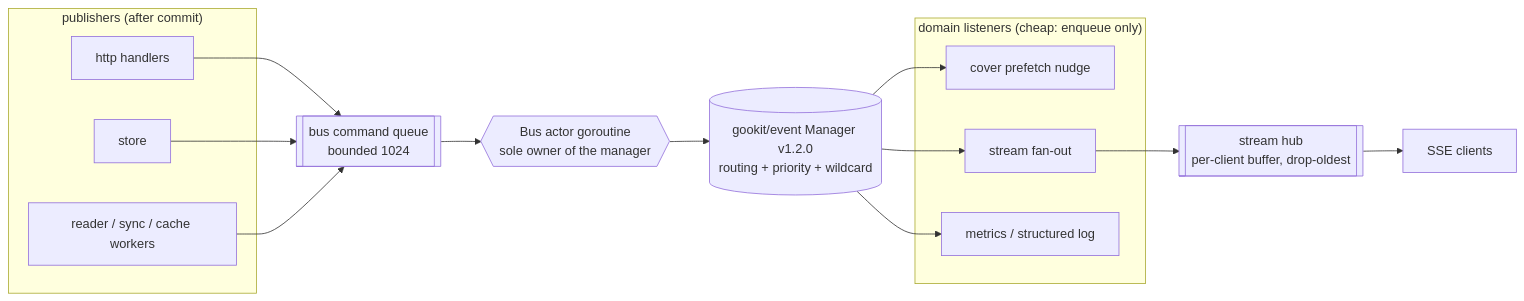
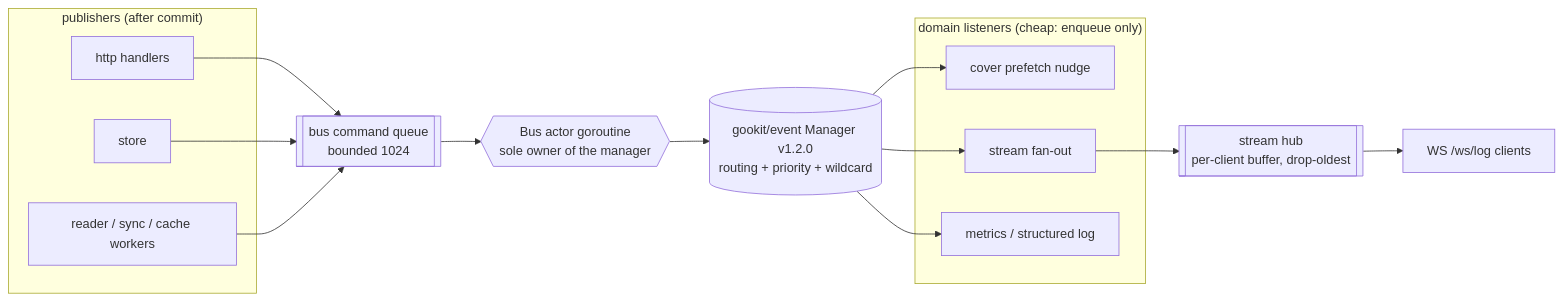
One commit to kenzanin/goIsekai2 changed the diagram in knowledge/architecture/event-driven-core.md. Above: the diagram before and after it, drawn with Mermaid. The commit also changed other lines of this file and 8 other files, not shown here.

````diff
--- a/knowledge/architecture/event-driven-core.md
+++ b/knowledge/architecture/event-driven-core.md
@@ -16,29 +16,29 @@
 ```mermaid
 flowchart LR
   subgraph P["publishers (after commit)"]
     H["http handlers"]
     S["store"]
     W["reader / sync / cache workers"]
   end
   Q[["bus command queue<br/>bounded 1024"]]
   A{{"Bus actor goroutine<br/>sole owner of the manager"}}
   EM[("gookit/event Manager v1.2.0<br/>routing + priority + wildcard")]
   subgraph L["domain listeners (cheap: enqueue only)"]
     L1["cover prefetch nudge"]
     L2["stream fan-out"]
     L3["metrics / structured log"]
   end
   SH[["stream hub<br/>per-client buffer, drop-oldest"]]
-  C["SSE clients"]
+  C["WS /ws/log clients"]
 
   H --> Q
   S --> Q
   W --> Q
   Q --> A
   A --> EM
   EM --> L1
   EM --> L2
   EM --> L3
   L2 --> SH
   SH --> C
 ```
````
